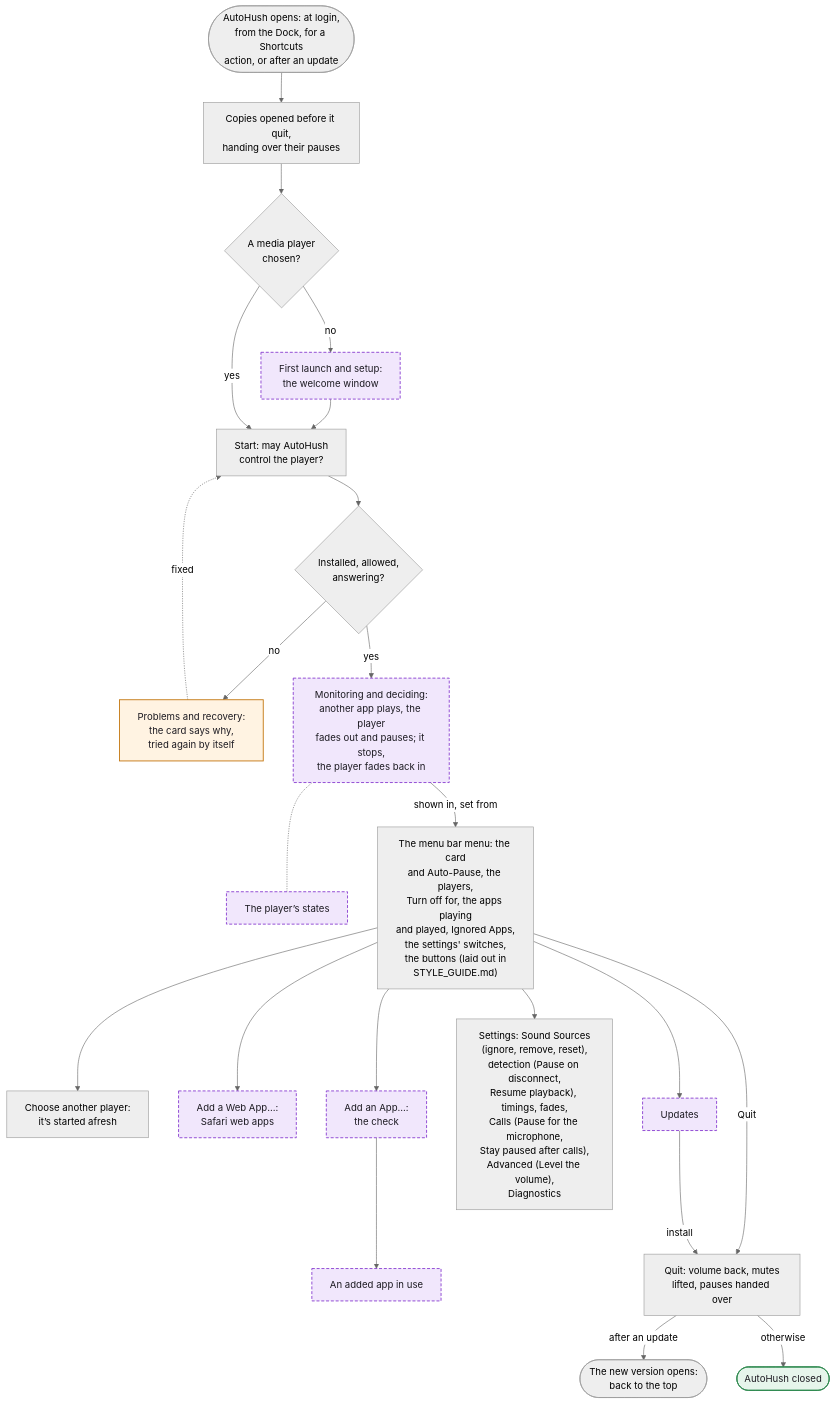
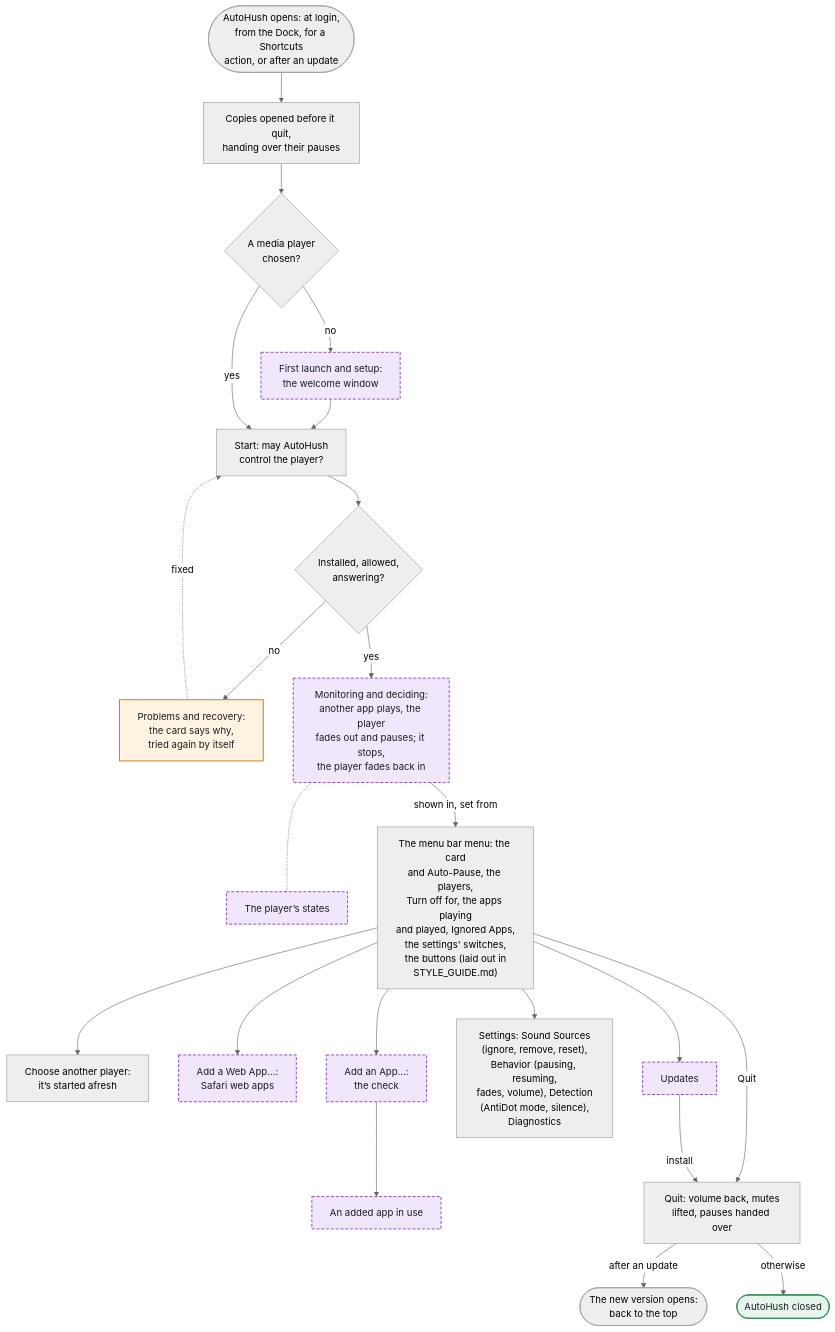
The first of 14 diagrams in WORKFLOWS.md (hfustercabre/AutoHush), drawn with Mermaid (neutral theme) before and after one commit. The commit also changed other lines of this file and 38 other files, not shown here.

First line of the commit message:
feat: Settings' Behavior page, and the menu's settings under titles

````diff
--- a/WORKFLOWS.md
+++ b/WORKFLOWS.md
@@ -24,48 +24,48 @@
 ```mermaid
 flowchart TD
   L(["AutoHush opens: at login,<br/>from the Dock, for a Shortcuts<br/>action, or after an update"])
   O["Copies opened before it quit,<br/>handing over their pauses"]
   C{"A media player<br/>chosen?"}
   W["First launch and setup:<br/>the welcome window"]
   S["Start: may AutoHush<br/>control the player?"]
   P{"Installed, allowed,<br/>answering?"}
   R["Problems and recovery:<br/>the card says why,<br/>tried again by itself"]
   M["Monitoring and deciding:<br/>another app plays, the player<br/>fades out and pauses; it stops,<br/>the player fades back in"]
   ST["The player’s states"]
   MENU["The menu bar menu: the card<br/>and Auto-Pause, the players,<br/>Turn off for, the apps playing<br/>and played, Ignored Apps,<br/>the settings' switches,<br/>the buttons (laid out in<br/>STYLE_GUIDE.md)"]
   CH["Choose another player:<br/>it’s started afresh"]
   WA["Add a Web App…:<br/>Safari web apps"]
   AA["Add an App…:<br/>the check"]
   AU["An added app in use"]
-  SET["Settings: Sound Sources<br/>(ignore, remove, reset),<br/>detection (Pause on disconnect,<br/>Resume playback), timings, fades,<br/>Calls (Pause for the microphone,<br/>Stay paused after calls),<br/>Advanced (Level the volume),<br/>Diagnostics"]
+  SET["Settings: Sound Sources<br/>(ignore, remove, reset),<br/>Behavior (pausing, resuming,<br/>fades, volume), Detection<br/>(AntiDot mode, silence),<br/>Diagnostics"]
   UP["Updates"]
   Q["Quit: volume back, mutes<br/>lifted, pauses handed over"]
   RL(["The new version opens:<br/>back to the top"])
   QX(["AutoHush closed"])
 
   L --> O --> C
   C -->|"no"| W --> S
   C -->|"yes"| S
   S --> P
   P -->|"no"| R
   R -.->|"fixed"| S
   P -->|"yes"| M
   M -.- ST
   M -->|"shown in, set from"| MENU
   MENU --> CH
   MENU --> WA
   MENU --> AA --> AU
   MENU --> SET
   MENU --> UP
   MENU -->|"Quit"| Q
   UP -->|"install"| Q
   Q -->|"after an update"| RL
   Q -->|"otherwise"| QX
 
   class W,M,ST,WA,AA,AU,UP ref
   class R warn
   class QX done
   classDef ref fill:#f1e7fc,stroke:#8a3fd1,stroke-width:1.5px,stroke-dasharray: 5 3,color:#1d1b22
   classDef warn fill:#fff3e2,stroke:#c47812,stroke-width:1.5px,color:#1d1b22
   classDef done fill:#e6f5eb,stroke:#2f8a50,stroke-width:1.5px,color:#1d1b22
 ```
````
